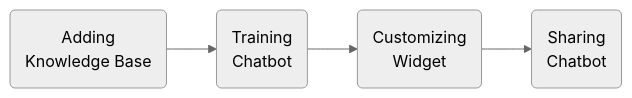
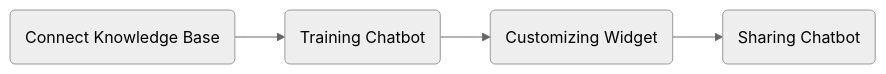
One commit to corpuschat/docs changed the diagram in overview/quick-start.md. Above: the diagram before and after it, drawn with Mermaid (neutral theme).

````diff
--- a/overview/quick-start.md
+++ b/overview/quick-start.md
@@ -13,6 +13,6 @@
 ```mermaid
 flowchart LR 
-    A(Adding\nKnowledge Base) --> B(Training\nChatbot)
-    B --> C(Customizing\nWidget)
-    C --> D(Sharing\nChatbot)
+    A(Connect Knowledge Base) --> B(Training Chatbot)
+    B --> C(Customizing Widget)
+    C --> D(Sharing Chatbot)
 ```
````
